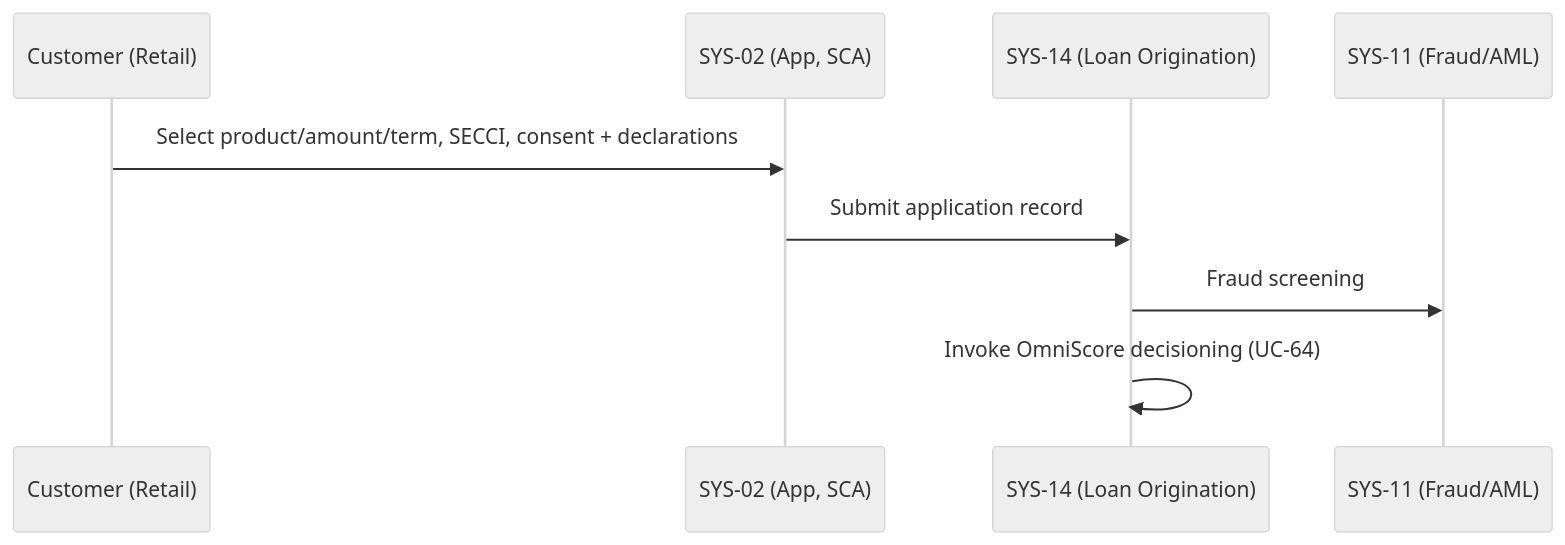
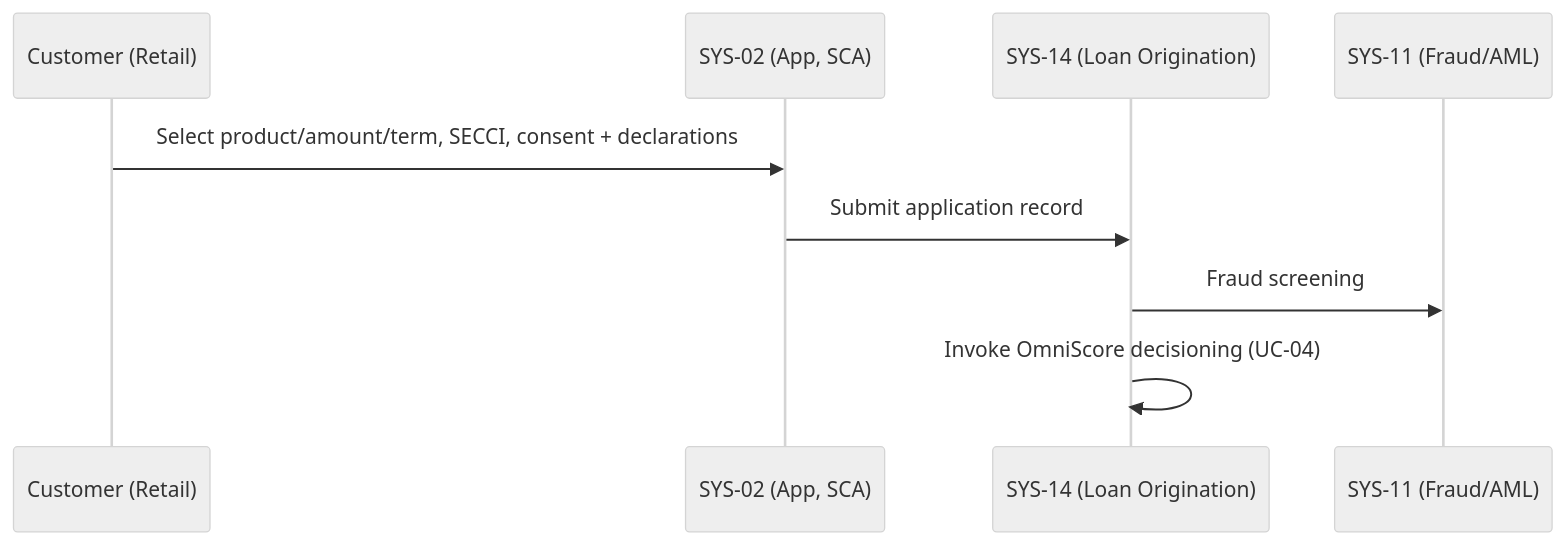
Before and after one commit to pauloribeiro16/Methodology_compact: the third of 33 diagrams in 02_CASES/Case_03_OmniBank_Financial/03_PHASE3_DECOMPOSITION/annexes/B_Sequence_Diagrams.md, drawn with Mermaid (neutral theme). The commit also changed other lines of this file and 23 other files, not shown here.

````diff
--- a/02_CASES/Case_03_OmniBank_Financial/03_PHASE3_DECOMPOSITION/annexes/B_Sequence_Diagrams.md
+++ b/02_CASES/Case_03_OmniBank_Financial/03_PHASE3_DECOMPOSITION/annexes/B_Sequence_Diagrams.md
@@ -59,11 +61,11 @@
 ```mermaid
 sequenceDiagram
     participant C as Customer (Retail)
     participant APP as SYS-02 (App, SCA)
     participant LO as SYS-14 (Loan Origination)
     participant F as SYS-11 (Fraud/AML)
     C->>APP: Select product/amount/term, SECCI, consent + declarations
     APP->>LO: Submit application record
     LO->>F: Fraud screening
-    LO->>LO: Invoke OmniScore decisioning (UC-64)
+    LO->>LO: Invoke OmniScore decisioning (UC-04)
 ```
````
